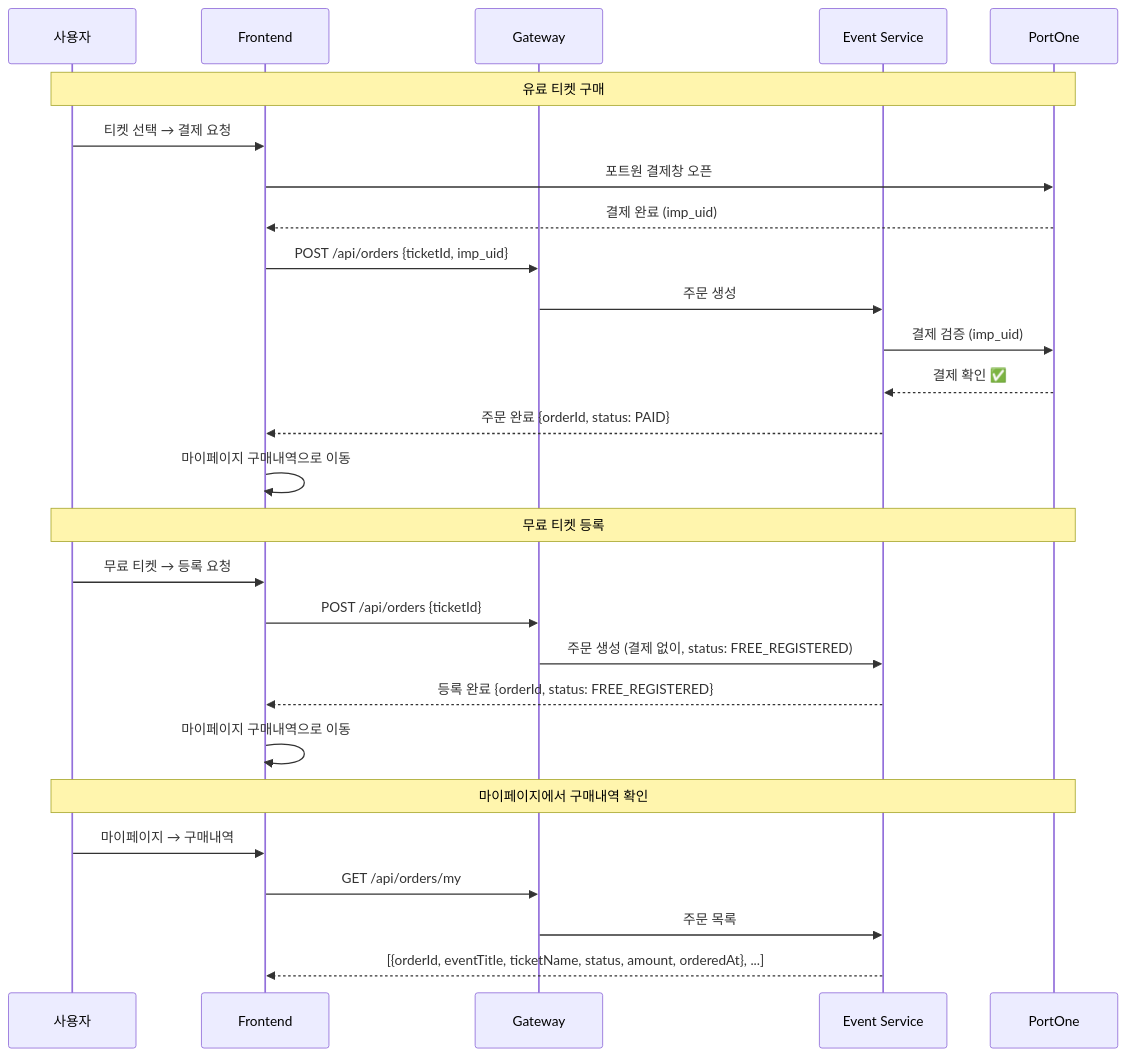
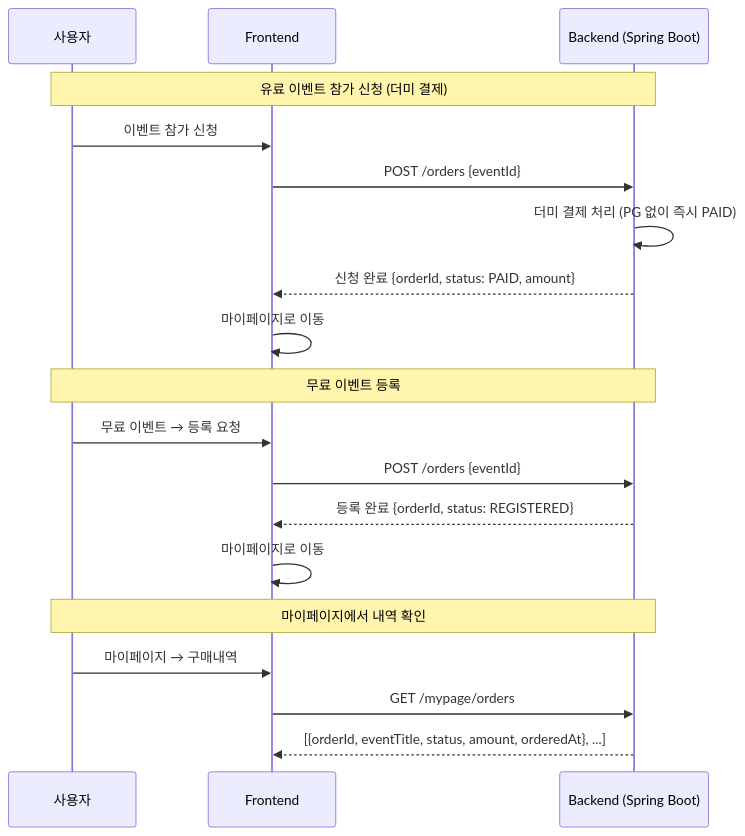
Before and after one commit to newlecture-ibm2/team3-jangane-venueon: the fifth of 7 diagrams in MVP_아키텍처_v3.md, drawn with Mermaid. The commit also changed other lines of this file and 1 other file, not shown here.

````diff
--- a/MVP_아키텍처_v3.md
+++ b/MVP_아키텍처_v3.md
@@ -818,35 +836,27 @@
 ```mermaid
 sequenceDiagram
     participant USER as 사용자
     participant FE as Frontend
-    participant GW as Gateway
-    participant ES as Event Service
-    participant PG as PortOne
+    participant BE as Backend (Spring Boot)
 
-    Note over USER,PG: 유료 티켓 구매
+    Note over USER,BE: 유료 이벤트 참가 신청 (더미 결제)
 
-    USER->>FE: 티켓 선택 → 결제 요청
-    FE->>PG: 포트원 결제창 오픈
-    PG-->>FE: 결제 완료 (imp_uid)
-    FE->>GW: POST /api/orders {ticketId, imp_uid}
-    GW->>ES: 주문 생성
-    ES->>PG: 결제 검증 (imp_uid)
-    PG-->>ES: 결제 확인 ✅
-    ES-->>FE: 주문 완료 {orderId, status: PAID}
-    FE->>FE: 마이페이지 구매내역으로 이동
+    USER->>FE: 이벤트 참가 신청
+    FE->>BE: POST /orders {eventId}
+    BE->>BE: 더미 결제 처리 (PG 없이 즉시 PAID)
+    BE-->>FE: 신청 완료 {orderId, status: PAID, amount}
+    FE->>FE: 마이페이지로 이동
 
-    Note over USER,PG: 무료 티켓 등록
+    Note over USER,BE: 무료 이벤트 등록
 
-    USER->>FE: 무료 티켓 → 등록 요청
-    FE->>GW: POST /api/orders {ticketId}
-    GW->>ES: 주문 생성 (결제 없이, status: FREE_REGISTERED)
-    ES-->>FE: 등록 완료 {orderId, status: FREE_REGISTERED}
-    FE->>FE: 마이페이지 구매내역으로 이동
+    USER->>FE: 무료 이벤트 → 등록 요청
+    FE->>BE: POST /orders {eventId}
+    BE-->>FE: 등록 완료 {orderId, status: REGISTERED}
+    FE->>FE: 마이페이지로 이동
 
-    Note over USER,PG: 마이페이지에서 구매내역 확인
+    Note over USER,BE: 마이페이지에서 내역 확인
 
     USER->>FE: 마이페이지 → 구매내역
-    FE->>GW: GET /api/orders/my
-    GW->>ES: 주문 목록
-    ES-->>FE: [{orderId, eventTitle, ticketName, status, amount, orderedAt}, ...]
+    FE->>BE: GET /mypage/orders
+    BE-->>FE: [{orderId, eventTitle, status, amount, orderedAt}, ...]
 ```
````
